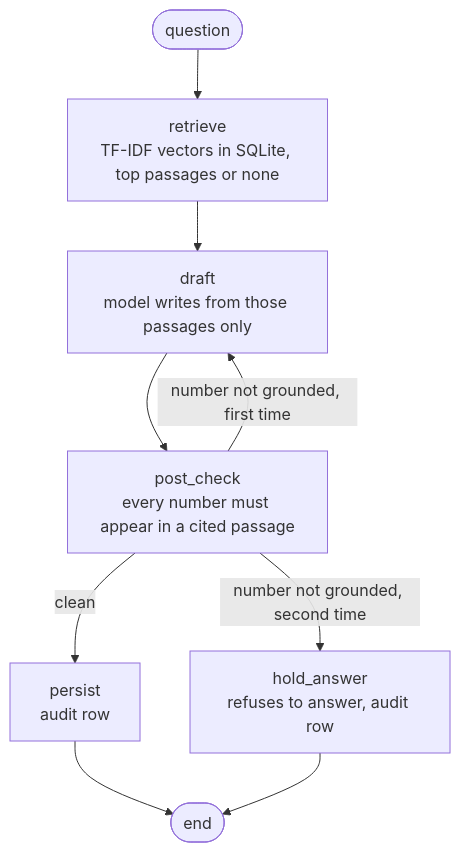
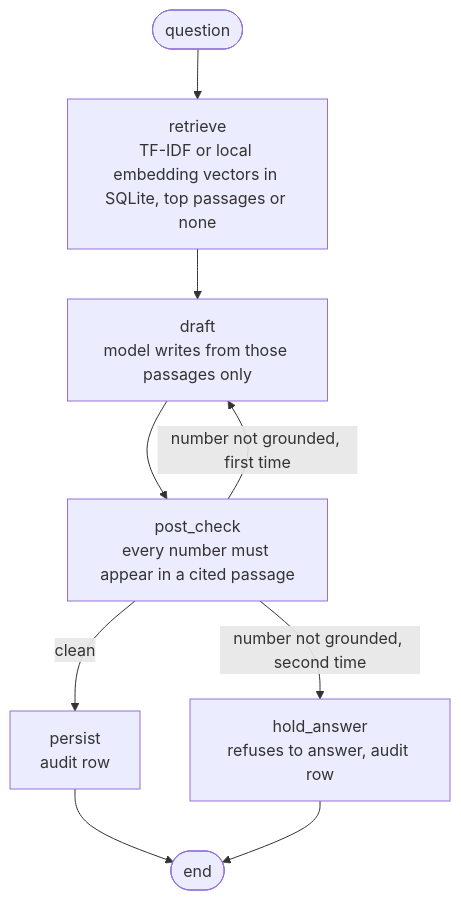
One commit to reichenbach/scouting-graph changed the third of 3 diagrams in README.md. Above: the diagram before and after it, drawn with Mermaid. The commit also changed other lines of this file and 6 other files, not shown here.

First line of the commit message:
Library: optional local embeddings behind one switch, TF-IDF stays default

````diff
--- a/README.md
+++ b/README.md
@@ -100,12 +100,12 @@
 ```mermaid
 flowchart TD
     START([question]) --> retrieve
-    retrieve[retrieve<br/>TF-IDF vectors in SQLite, top passages or none] --> draft
+    retrieve[retrieve<br/>TF-IDF or local embedding vectors in SQLite, top passages or none] --> draft
     draft[draft<br/>model writes from those passages only] --> post_check
     post_check[post_check<br/>every number must appear in a cited passage]
     post_check -->|number not grounded, first time| draft
     post_check -->|number not grounded, second time| hold_answer
     post_check -->|clean| persist
     persist[persist<br/>audit row] --> DONE([end])
     hold_answer[hold_answer<br/>refuses to answer, audit row] --> DONE
 ```
````
